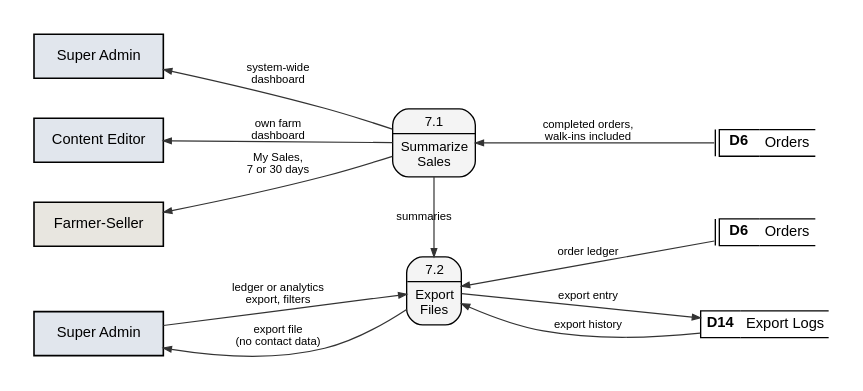
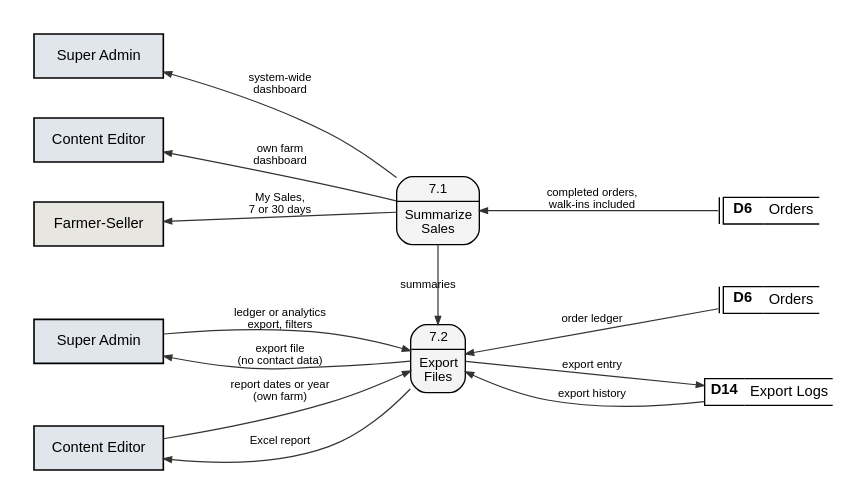
One commit to shawncastaneda11-commits/anihow-backend changed the diagram in docs/manuscript/figures/src/fig6_2_7_dfd_level2.dot. Above: the diagram before and after it, drawn with Graphviz. The commit also changed 16 other files, not shown here.

First line of the commit message:
Show the Content Editor's Excel reports in the manuscript figures

```diff
--- a/docs/manuscript/figures/src/fig6_2_7_dfd_level2.dot
+++ b/docs/manuscript/figures/src/fig6_2_7_dfd_level2.dot
@@ -1,29 +1,32 @@
 // Data flow diagram, level 2, process 7.0 Report Analytics and Exports.
 digraph G {
   graph [rankdir=LR, nodesep=0.42, ranksep=1.4, pad=0.25, fontname="Liberation Sans", newrank=true, splines=spline, concentrate=false];
   node  [fontname="Liberation Sans", fontsize=11];
   edge  [penwidth=0.9, arrowsize=0.6, color="#333333", fontname="Liberation Sans", fontsize=8.5];
   q7a [shape=plaintext, margin=0, width=0, height=0, label=<<TABLE STYLE="ROUNDED" BORDER="1" CELLBORDER="0" CELLSPACING="0" CELLPADDING="3" BGCOLOR="#F4F4F4"><TR><TD><FONT POINT-SIZE="10.5">7.1</FONT></TD></TR><HR/><TR><TD CELLPADDING="5"><FONT POINT-SIZE="10.5">Summarize<BR/>Sales</FONT></TD></TR></TABLE>>];
   D6_q7a [shape=plaintext, margin=0, width=0, height=0, label=<<TABLE BORDER="0" CELLBORDER="1" CELLSPACING="0" CELLPADDING="3"><TR><TD SIDES="L" WIDTH="3" CELLPADDING="0"></TD><TD SIDES="TBL" WIDTH="30"><B>D6</B></TD><TD SIDES="TB" ALIGN="LEFT">Orders</TD></TR></TABLE>>];
   sa_q7a [shape=box, style=filled, fillcolor="#E1E6ED", penwidth=1.2, width=1.35, height=0.46, label="Super Admin", comment="gsdup"];
-  ce_q7a [shape=box, style=filled, fillcolor="#E1E6ED", penwidth=1.2, width=1.35, height=0.46, label="Content Editor"];
+  ce_q7a [shape=box, style=filled, fillcolor="#E1E6ED", penwidth=1.2, width=1.35, height=0.46, label="Content Editor", comment="gsdup"];
   fs_q7a [shape=box, style=filled, fillcolor="#E8E6E0", penwidth=1.2, width=1.35, height=0.46, label="Farmer-Seller"];
   q7b [shape=plaintext, margin=0, width=0, height=0, label=<<TABLE STYLE="ROUNDED" BORDER="1" CELLBORDER="0" CELLSPACING="0" CELLPADDING="3" BGCOLOR="#F4F4F4"><TR><TD><FONT POINT-SIZE="10.5">7.2</FONT></TD></TR><HR/><TR><TD CELLPADDING="5"><FONT POINT-SIZE="10.5">Export<BR/>Files</FONT></TD></TR></TABLE>>];
   D6_q7b [shape=plaintext, margin=0, width=0, height=0, label=<<TABLE BORDER="0" CELLBORDER="1" CELLSPACING="0" CELLPADDING="3"><TR><TD SIDES="L" WIDTH="3" CELLPADDING="0"></TD><TD SIDES="TBL" WIDTH="30"><B>D6</B></TD><TD SIDES="TB" ALIGN="LEFT">Orders</TD></TR></TABLE>>];
   sa_q7b [shape=box, style=filled, fillcolor="#E1E6ED", penwidth=1.2, width=1.35, height=0.46, label="Super Admin", comment="gsdup"];
+  ce_q7b [shape=box, style=filled, fillcolor="#E1E6ED", penwidth=1.2, width=1.35, height=0.46, label="Content Editor", comment="gsdup"];
   D14_q7b [shape=plaintext, margin=0, width=0, height=0, label=<<TABLE BORDER="0" CELLBORDER="1" CELLSPACING="0" CELLPADDING="3"><TR><TD SIDES="TBL" WIDTH="30"><B>D14</B></TD><TD SIDES="TB" ALIGN="LEFT">Export Logs</TD></TR></TABLE>>];
   q7a -> D6_q7a [label="completed orders,\nwalk-ins included", dir=back];
   sa_q7a -> q7a [label="system-wide\ndashboard", dir=back];
   ce_q7a -> q7a [label="own farm\ndashboard", dir=back];
   fs_q7a -> q7a [label="My Sales,\n7 or 30 days", dir=back];
   q7a -> q7b [label="summaries", constraint=false];
   sa_q7b -> q7b [label="ledger or analytics\nexport, filters"];
   q7b -> D6_q7b [label="order ledger", dir=back];
   sa_q7b -> q7b [label="export file\n(no contact data)", dir=back];
+  ce_q7b -> q7b [label="report dates or year\n(own farm)"];
+  ce_q7b -> q7b [label="Excel report", dir=back];
   q7b -> D14_q7b [label="export entry"];
   q7b -> D14_q7b [label="export history", dir=back];
-  {rank=same; sa_q7a; ce_q7a; fs_q7a; sa_q7b}
+  {rank=same; sa_q7a; ce_q7a; fs_q7a; sa_q7b; ce_q7b}
   {rank=same; D6_q7a; D6_q7b; D14_q7b}
   {rank=same; q7a; q7b}
   q7a -> q7b [style=invis, weight=10];
 }
```
